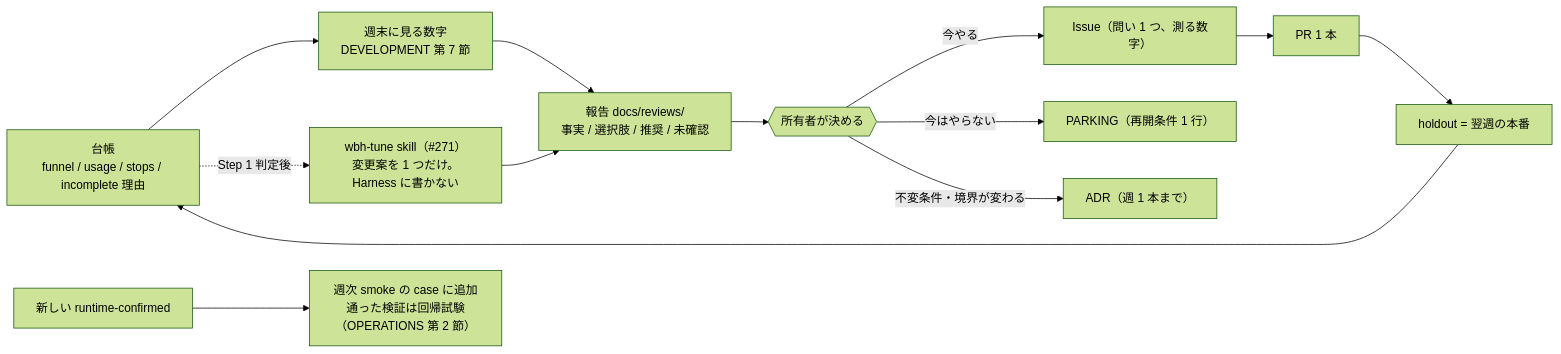
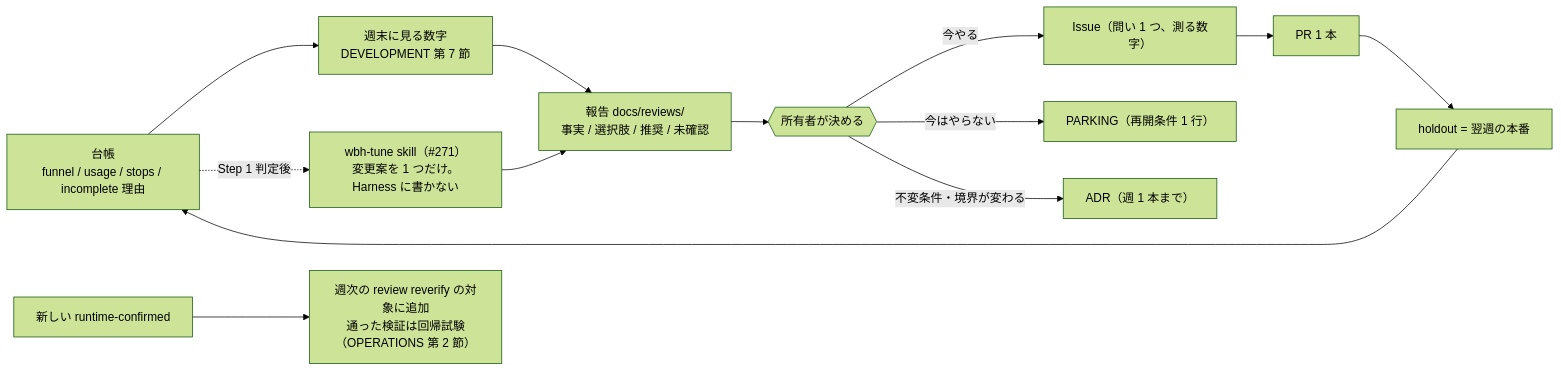
The sixth of 6 diagrams in docs/FACTORY.md (momoponwork1415-lgtm/wordpress-bounty-harness), drawn with Mermaid (forest theme) before and after one commit. The commit also changed 82 other files, not shown here.

````diff
--- a/docs/FACTORY.md
+++ b/docs/FACTORY.md
@@ -136,12 +136,12 @@
 ```mermaid
 flowchart LR
   LED["台帳<br/>funnel / usage / stops / incomplete 理由"] --> NUM["週末に見る数字<br/>DEVELOPMENT 第 7 節"]
   NUM --> REP["報告 docs/reviews/<br/>事実 / 選択肢 / 推奨 / 未確認"]
   REP --> DEC{{"所有者が決める"}}
   DEC -->|今やる| ISS["Issue（問い 1 つ、測る数字）"]
   DEC -->|今はやらない| PK["PARKING（再開条件 1 行）"]
   DEC -->|不変条件・境界が変わる| ADR["ADR（週 1 本まで）"]
   ISS --> PR["PR 1 本"] --> HOLD["holdout = 翌週の本番"] --> LED
   LED -. Step 1 判定後 .-> TUNE["wbh-tune skill（#271）<br/>変更案を 1 つだけ。Harness に書かない"] --> REP
-  CONF["新しい runtime-confirmed"] --> SMOKE["週次 smoke の case に追加<br/>通った検証は回帰試験（OPERATIONS 第 2 節）"]
+  CONF["新しい runtime-confirmed"] --> SMOKE["週次の review reverify の対象に追加<br/>通った検証は回帰試験（OPERATIONS 第 2 節）"]
 ```
````
